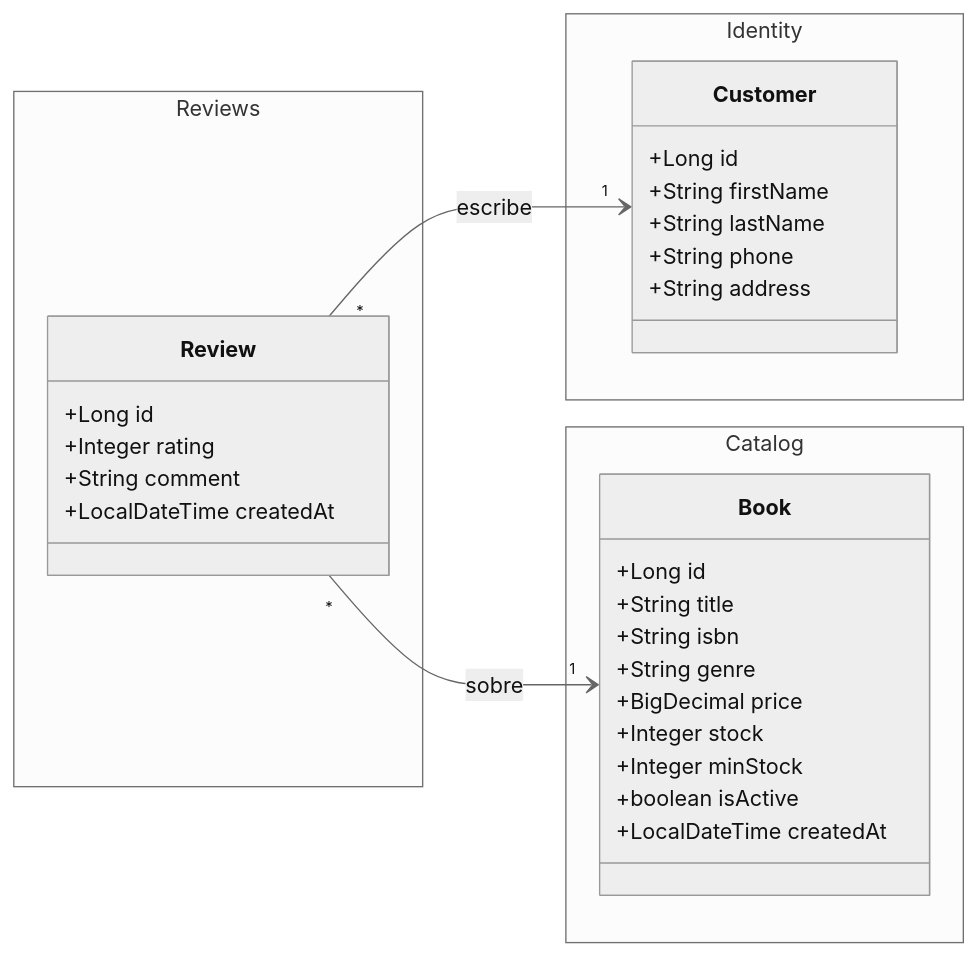
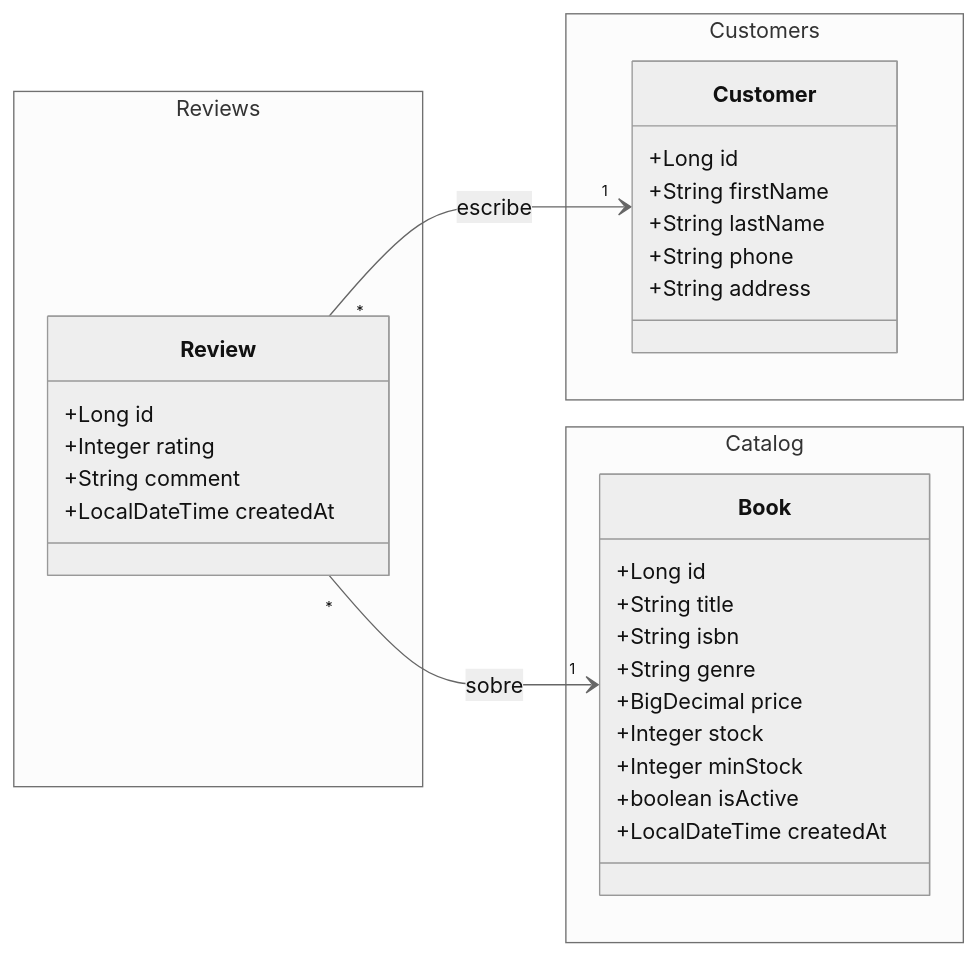
Before and after one commit to hampcodes/bookstore: the first of 3 diagrams in docs/Actividad Lab03 Persistencias Datos Spring Data JPA.md, drawn with Mermaid (neutral theme). The commit also changed other lines of this file, not shown here.

````diff
--- a/docs/Actividad Lab03 Persistencias Datos Spring Data JPA.md
+++ b/docs/Actividad Lab03 Persistencias Datos Spring Data JPA.md
@@ -45,40 +72,40 @@
 ```mermaid
 classDiagram
     direction LR
 
-    namespace Identity {
+    namespace Customers {
         class Customer {
             +Long id
             +String firstName
             +String lastName
             +String phone
             +String address
         }
     }
 
     namespace Catalog {
         class Book {
             +Long id
             +String title
             +String isbn
             +String genre
             +BigDecimal price
             +Integer stock
             +Integer minStock
             +boolean isActive
             +LocalDateTime createdAt
         }
     }
 
     namespace Reviews {
         class Review {
             +Long id
             +Integer rating
             +String comment
             +LocalDateTime createdAt
         }
     }
 
     Review "*" --> "1" Customer : escribe
     Review "*" --> "1" Book     : sobre
 ```
````
